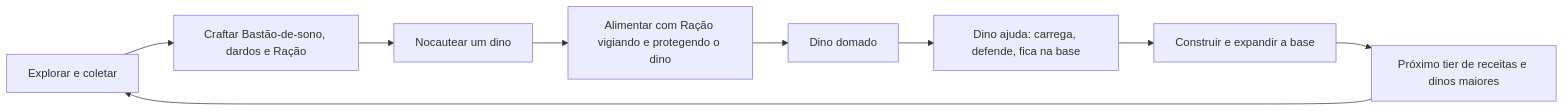
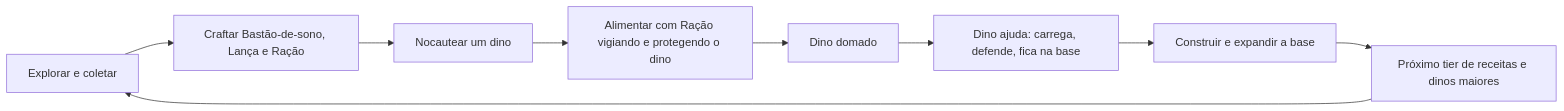
Before and after one commit to rotteny/dinovale: the first of 2 diagrams in docs/PLANEJAMENTO.md, drawn with Mermaid. The commit also changed other lines of this file and 12 other files, not shown here.

````diff
--- a/docs/PLANEJAMENTO.md
+++ b/docs/PLANEJAMENTO.md
@@ -42,11 +43,11 @@
 ```mermaid
 flowchart LR
-  A[Explorar e coletar] --> B[Craftar Bastão-de-sono, dardos e Ração]
+  A[Explorar e coletar] --> B[Craftar Bastão-de-sono, Lança e Ração]
   B --> C[Nocautear um dino]
   C --> D[Alimentar com Ração vigiando e protegendo o dino]
   D --> E[Dino domado]
   E --> F[Dino ajuda: carrega, defende, fica na base]
   F --> G[Construir e expandir a base]
   G --> H[Próximo tier de receitas e dinos maiores]
   H --> A
 ```
````
